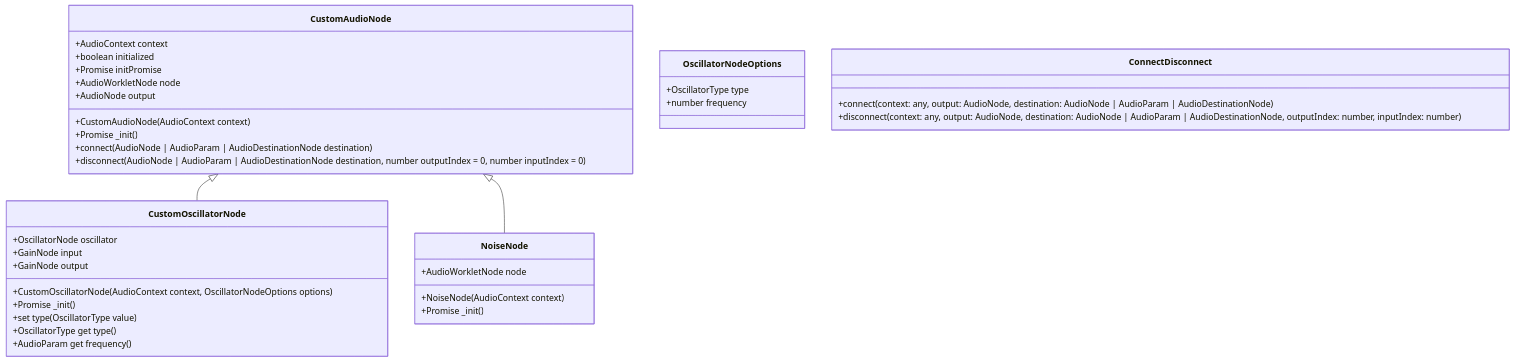
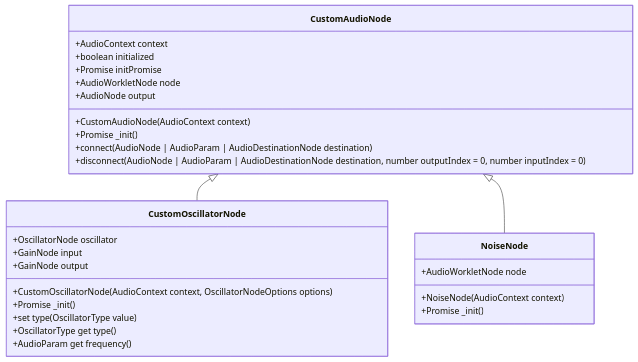
Before and after one commit to matthewscharles/instrument-sandbox: the diagram in instrument-patcher/notes.md, drawn with Mermaid.

````diff
--- a/instrument-patcher/notes.md
+++ b/instrument-patcher/notes.md
@@ -3,45 +3,34 @@
 ```mermaid
 classDiagram
     class CustomAudioNode {
         +AudioContext context
         +boolean initialized
         +Promise<void> initPromise
         +AudioWorkletNode node
         +AudioNode output
         +CustomAudioNode(AudioContext context)
         +Promise<void> _init()
         +connect(AudioNode | AudioParam | AudioDestinationNode destination)
         +disconnect(AudioNode | AudioParam | AudioDestinationNode destination, number outputIndex = 0, number inputIndex = 0)
     }
 
     class CustomOscillatorNode {
         +OscillatorNode oscillator
         +GainNode input
         +GainNode output
         +CustomOscillatorNode(AudioContext context, OscillatorNodeOptions options)
         +Promise<void> _init()
         +set type(OscillatorType value)
         +OscillatorType get type()
         +AudioParam get frequency()
     }
 
     class NoiseNode {
         +AudioWorkletNode node
         +NoiseNode(AudioContext context)
         +Promise<void> _init()
     }
 
     CustomAudioNode <|-- CustomOscillatorNode
     CustomAudioNode <|-- NoiseNode
-
-    class OscillatorNodeOptions {
-        +OscillatorType type
-        +number frequency
-    }
-
-    %% External utility functions
-    class ConnectDisconnect {
-        +connect(context: any, output: AudioNode, destination: AudioNode | AudioParam | AudioDestinationNode)
-        +disconnect(context: any, output: AudioNode, destination: AudioNode | AudioParam | AudioDestinationNode, outputIndex: number, inputIndex: number)
-    }
 ```
````
